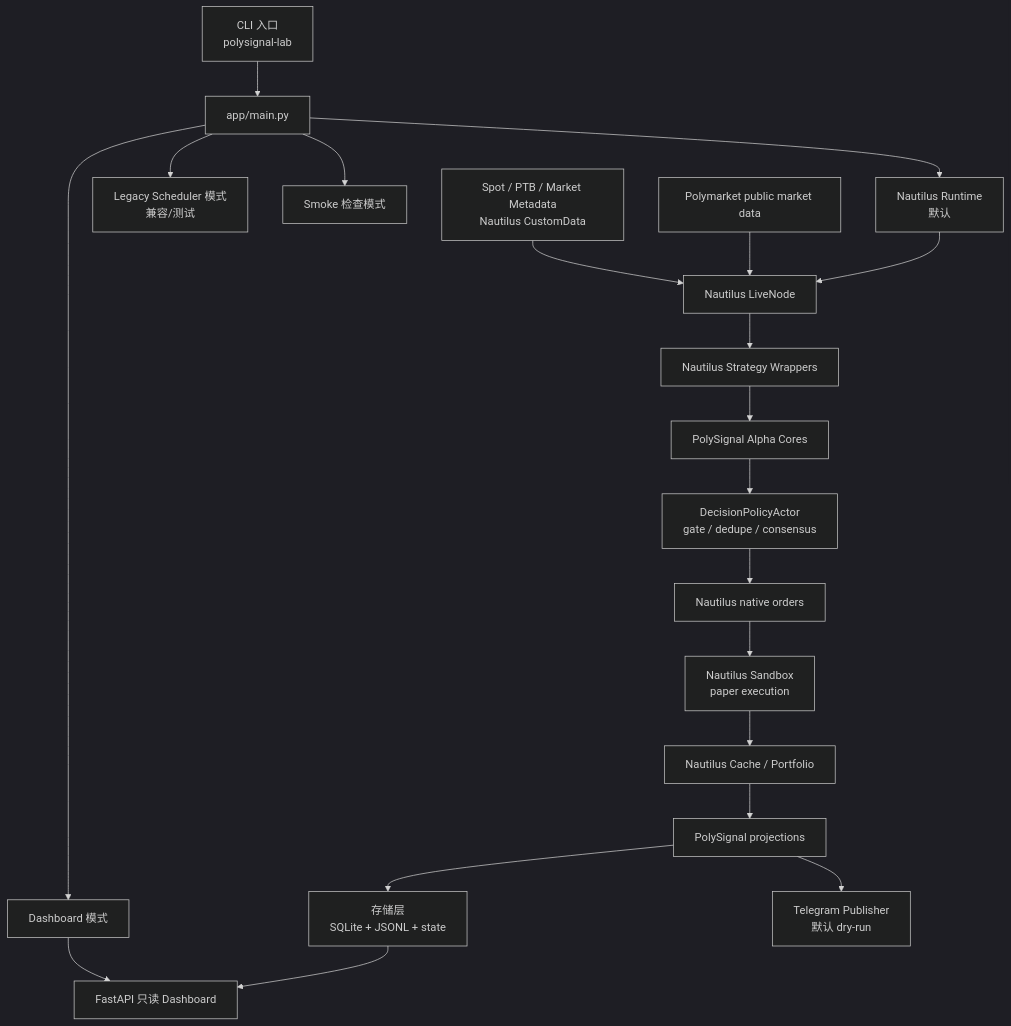
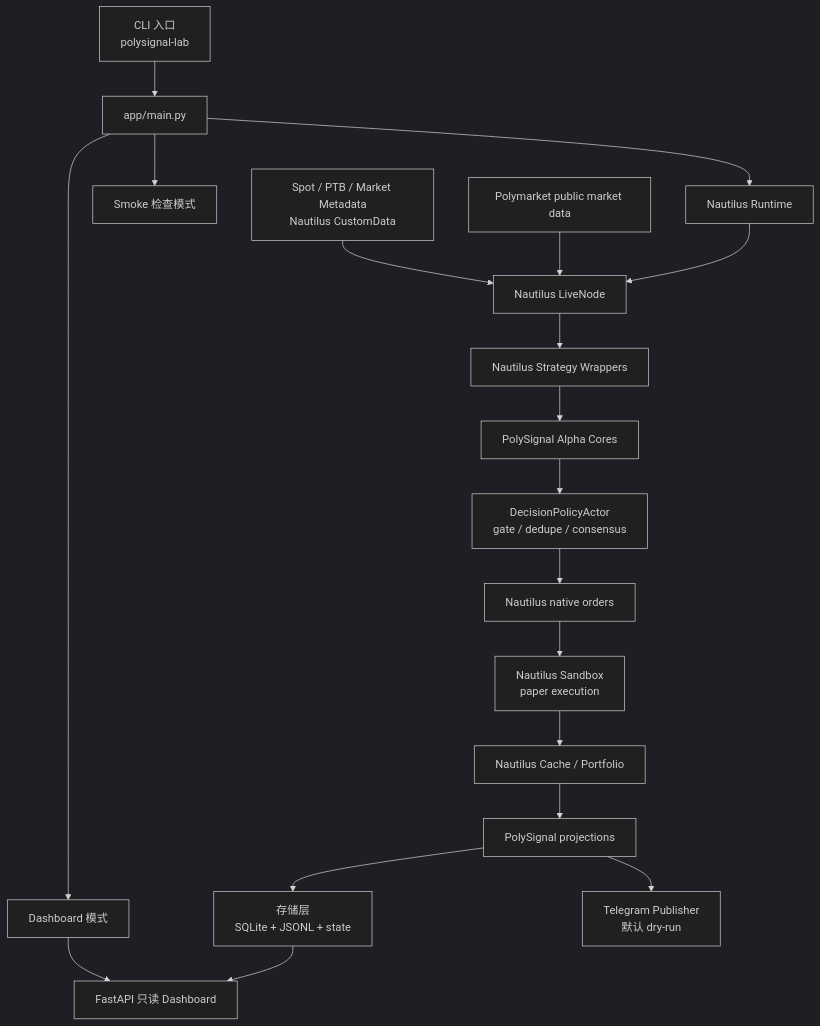
One commit to 6Kmfi6HP/polysignal-lab changed the first of 7 diagrams in docs/PROJECT_ARCHITECTURE_VISUAL.md. Above: the diagram before and after it, drawn with Mermaid (dark theme). The commit also changed other lines of this file and 14 other files, not shown here.

First line of the commit message:
docs: update project docs for new architecture; update config and gitignore

````diff
--- a/docs/PROJECT_ARCHITECTURE_VISUAL.md
+++ b/docs/PROJECT_ARCHITECTURE_VISUAL.md
@@ -12,26 +12,25 @@
 ```mermaid
 flowchart TB
   CLI["CLI 入口<br/>polysignal-lab"] --> Main["app/main.py"]
 
-  Main --> Nautilus["Nautilus Runtime<br/>默认"]
-  Main --> Scheduler["Legacy Scheduler 模式<br/>兼容/测试"]
+  Main --> Nautilus["Nautilus Runtime"]
   Main --> Dashboard["Dashboard 模式"]
   Main --> Smoke["Smoke 检查模式"]
 
   Nautilus --> TN["Nautilus LiveNode"]
   PM["Polymarket public market data"] --> TN
   CustomData["Spot / PTB / Market Metadata<br/>Nautilus CustomData"] --> TN
 
   TN --> Strategies["Nautilus Strategy Wrappers"]
   Strategies --> Alpha["PolySignal Alpha Cores"]
   Alpha --> Policy["DecisionPolicyActor<br/>gate / dedupe / consensus"]
   Policy --> Orders["Nautilus native orders"]
   Orders --> Sandbox["Nautilus Sandbox<br/>paper execution"]
   Sandbox --> Cache["Nautilus Cache / Portfolio"]
 
   Cache --> Projection["PolySignal projections"]
   Projection --> Store["存储层<br/>SQLite + JSONL + state"]
   Projection --> Telegram["Telegram Publisher<br/>默认 dry-run"]
   Store --> DashboardApp["FastAPI 只读 Dashboard"]
   Dashboard --> DashboardApp
 ```
````
